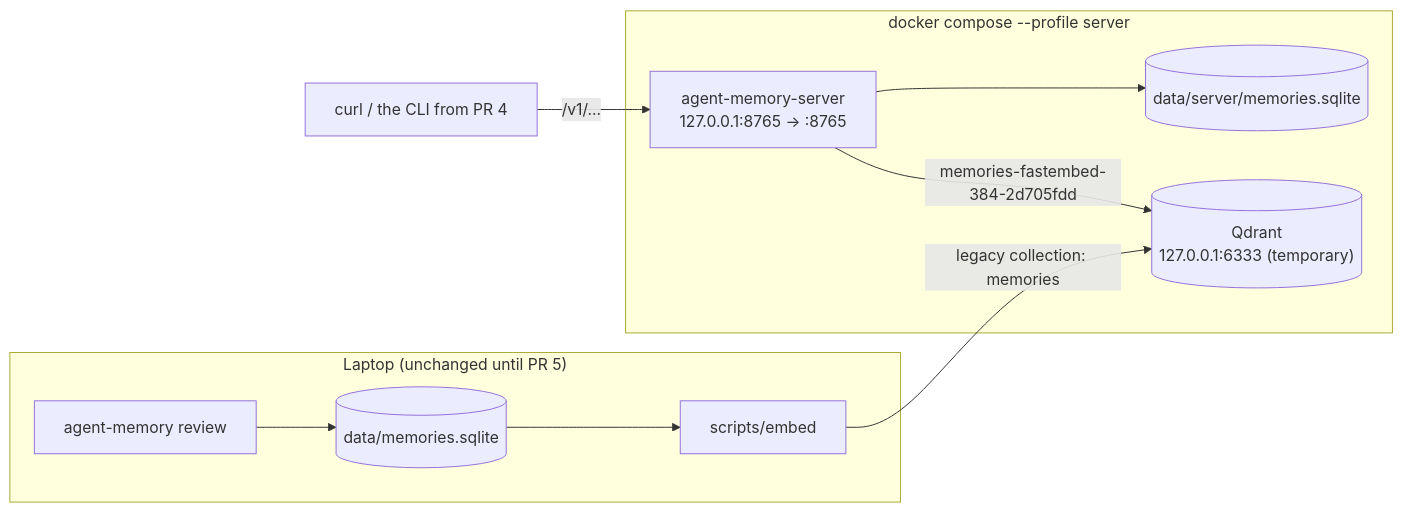
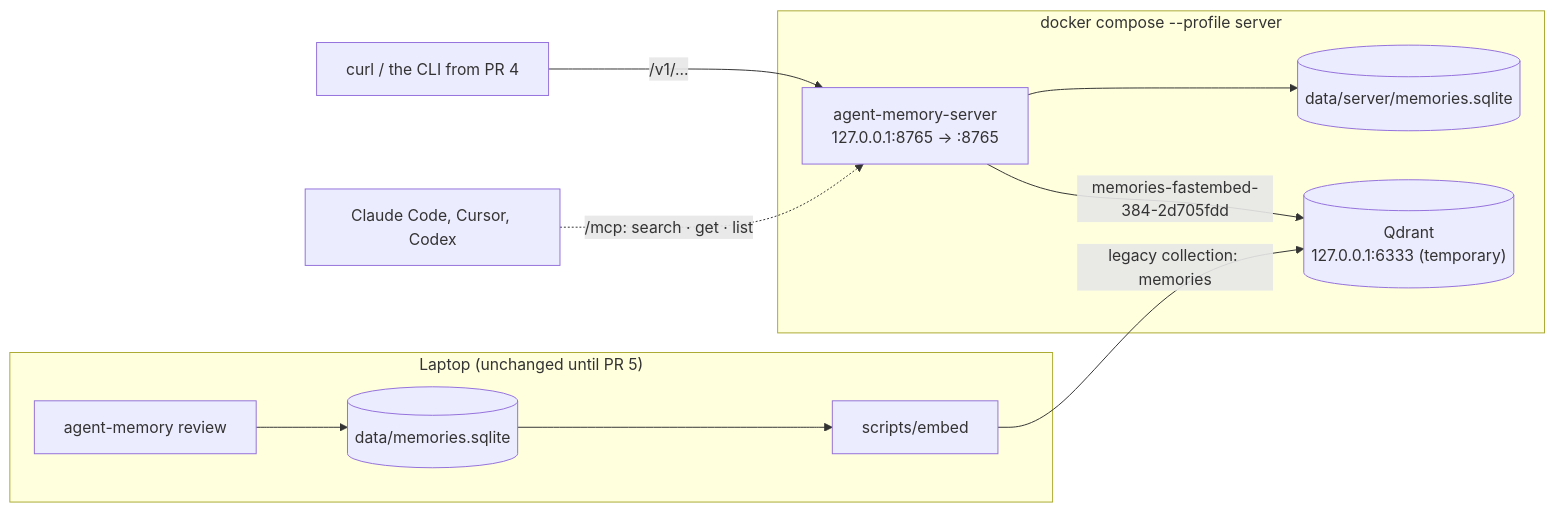
The first of 6 diagrams in docs/server.md (roune/agent-memory), drawn with Mermaid before and after one commit. The commit also changed other lines of this file and 13 other files, not shown here.

````diff
--- a/docs/server.md
+++ b/docs/server.md
@@ -7,18 +7,19 @@
 ```mermaid
 flowchart LR
   subgraph laptop["Laptop (unchanged until PR 5)"]
     review["agent-memory review"]
     localdb[("data/memories.sqlite")]
     embed["scripts/embed"]
     review --> localdb --> embed
   end
   subgraph compose["docker compose --profile server"]
     server["agent-memory-server<br/>127.0.0.1:8765 → :8765"]
     serverdb[("data/server/memories.sqlite")]
     qdrant[("Qdrant<br/>127.0.0.1:6333 (temporary)")]
     server --> serverdb
     server -- "memories-fastembed-384-2d705fdd" --> qdrant
   end
   embed -- "legacy collection: memories" --> qdrant
   curl["curl / the CLI from PR 4"] -- "/v1/..." --> server
+  editor["Claude Code, Cursor, Codex"] -. "/mcp: search · get · list" .-> server
 ```
````
